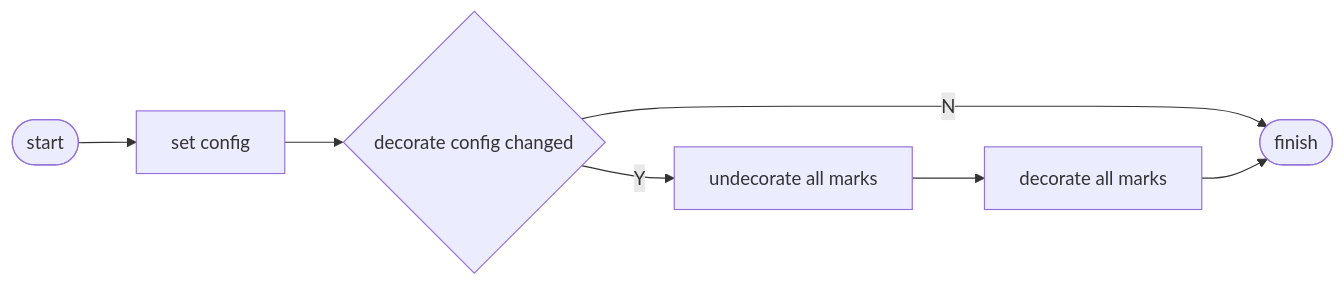
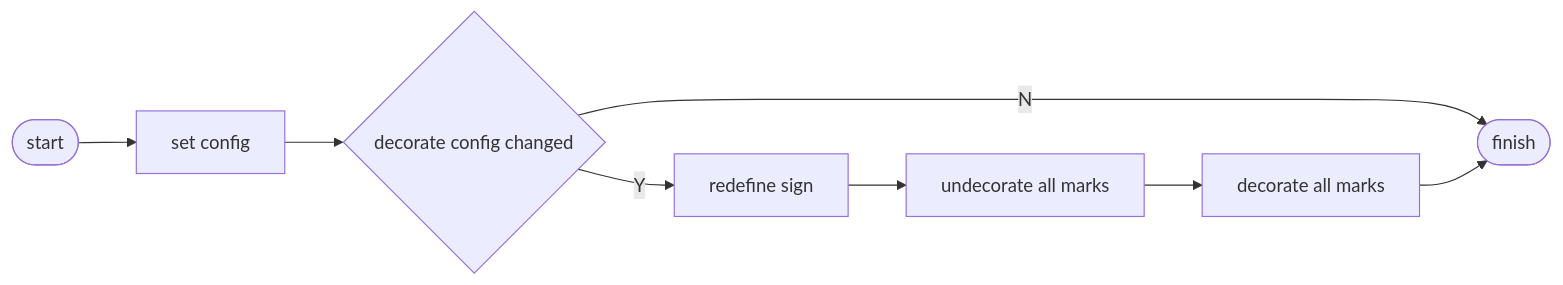
Before and after one commit to niuiic/track.nvim: diagram 14 of 25 in DESIGN.md, drawn with Mermaid. The commit also changed other lines of this file and 6 other files, not shown here.

````diff
--- a/DESIGN.md
+++ b/DESIGN.md
@@ -196,16 +331,18 @@
 ```mermaid
 flowchart LR
     start([start]) --> n1
 
     n1[set config] --> n4
 
     n4{decorate config changed}
-    n4 --Y-->n2
+    n4 --Y-->n5
     n4 --N-->finish
+
+    n5[redefine sign] --> n2
 
     n2[undecorate all marks] --> n3
 
     n3[decorate all marks] --> finish
 
     finish([finish])
 ```
````
